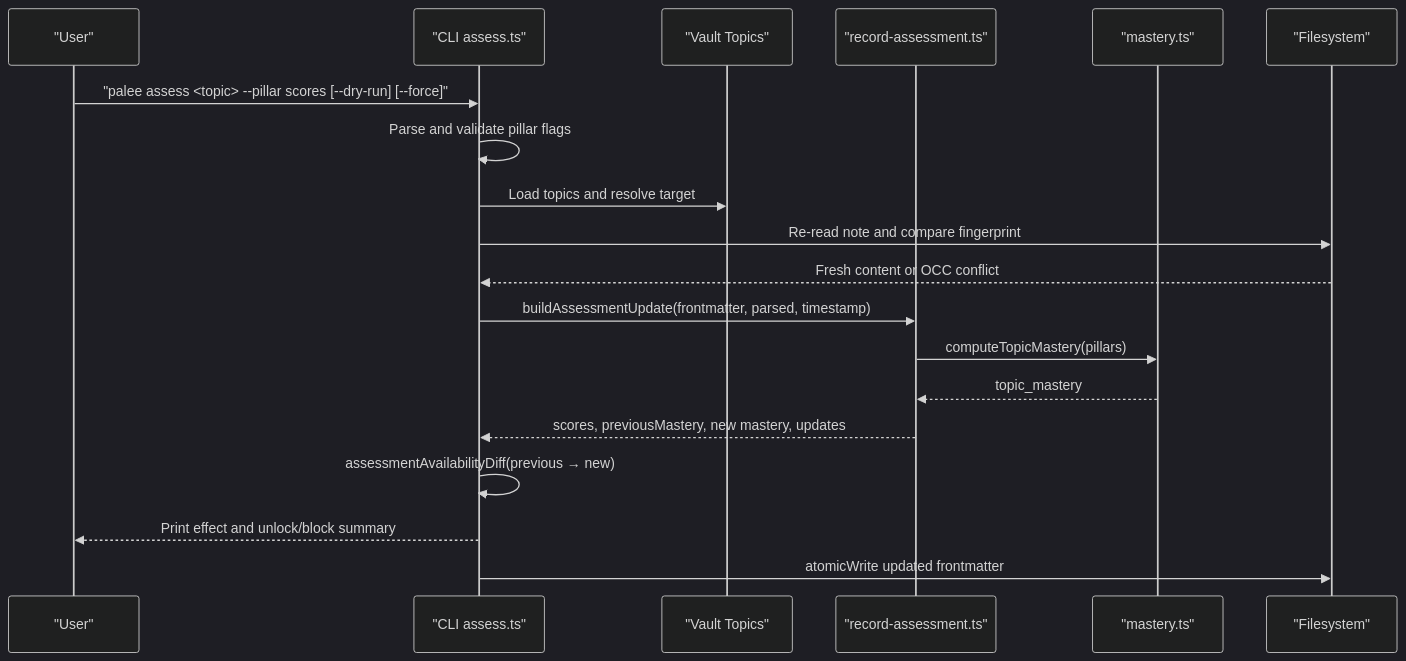
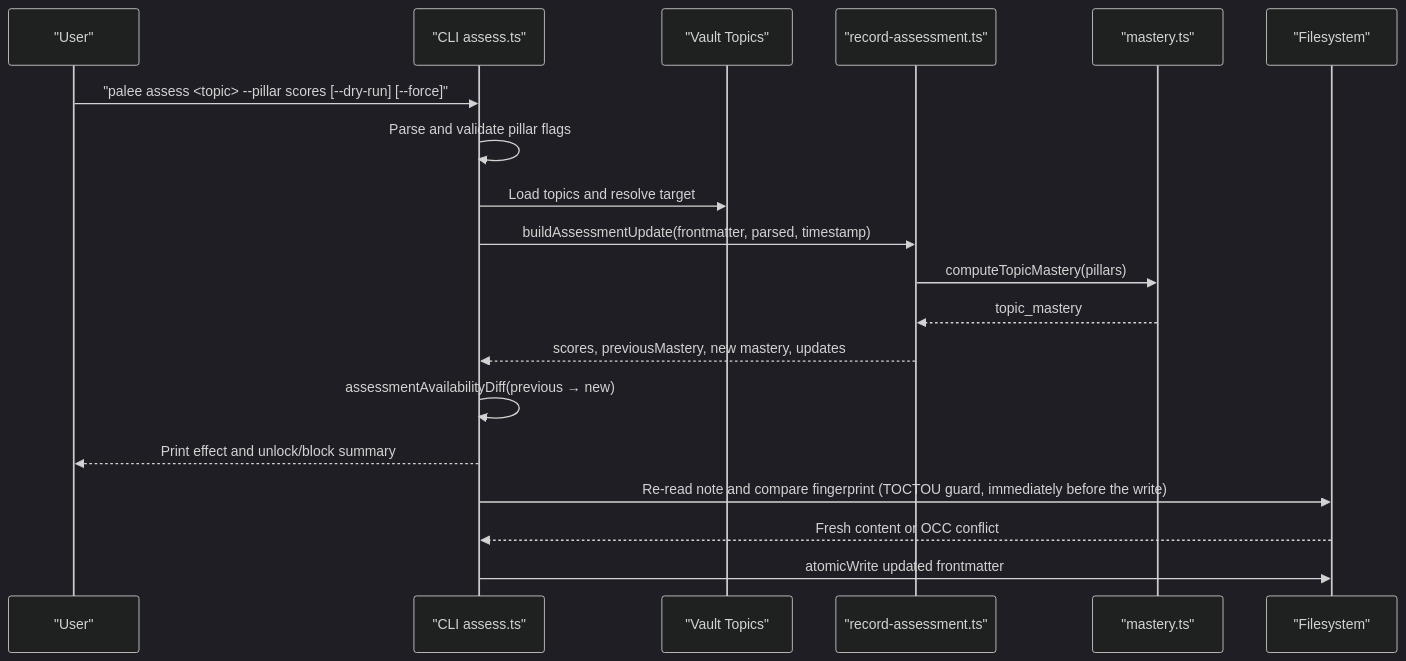
Before and after one commit to Kuldeep2822k/palee-architecture: the second of 6 diagrams in User Guide/Topic Management/Assessing Topics.md, drawn with Mermaid (dark theme). The commit also changed other lines of this file and 5 other files, not shown here.

````diff
--- a/User Guide/Topic Management/Assessing Topics.md
+++ b/User Guide/Topic Management/Assessing Topics.md
@@ -96,22 +96,22 @@
 ```mermaid
 sequenceDiagram
     participant User as "User"
     participant CLI as "CLI assess.ts"
     participant Vault as "Vault Topics"
     participant App as "record-assessment.ts"
     participant Engine as "mastery.ts"
     participant FS as "Filesystem"
 
     User->>CLI: "palee assess <topic> --pillar scores [--dry-run] [--force]"
     CLI->>CLI: Parse and validate pillar flags
     CLI->>Vault: Load topics and resolve target
-    CLI->>FS: Re-read note and compare fingerprint
-    FS-->>CLI: Fresh content or OCC conflict
     CLI->>App: buildAssessmentUpdate(frontmatter, parsed, timestamp)
     App->>Engine: computeTopicMastery(pillars)
     Engine-->>App: topic_mastery
     App-->>CLI: scores, previousMastery, new mastery, updates
     CLI->>CLI: assessmentAvailabilityDiff(previous → new)
     CLI-->>User: Print effect and unlock/block summary
+    CLI->>FS: Re-read note and compare fingerprint (TOCTOU guard, immediately before the write)
+    FS-->>CLI: Fresh content or OCC conflict
     CLI->>FS: atomicWrite updated frontmatter
 ```
````
